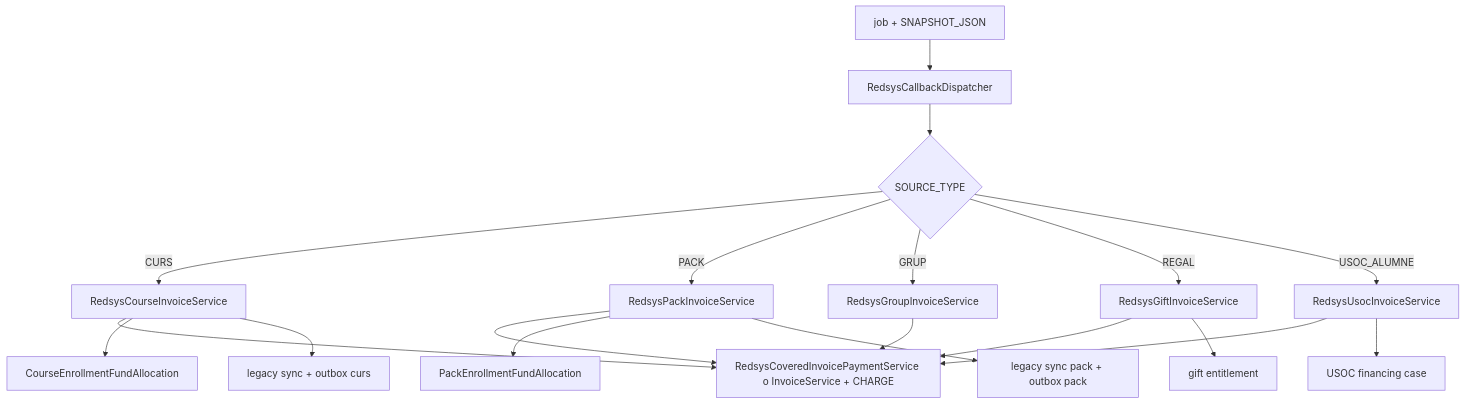
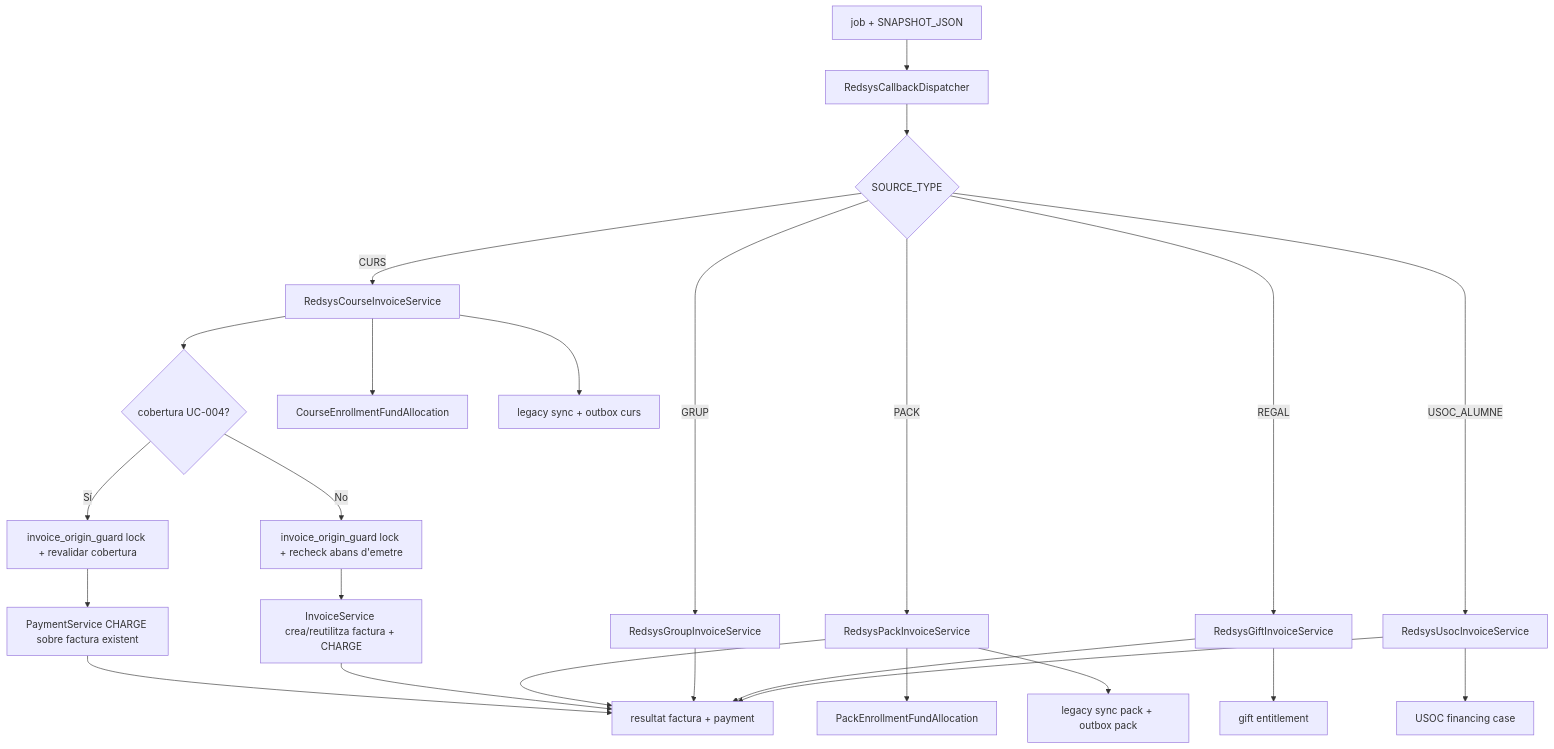
The seventh of 8 diagrams in documentacio/07-uml-integrat/uc-003-activitats-actual-final.md (orgmeriemprismacat-del/verifactu), drawn with Mermaid before and after one commit. The commit also changed other lines of this file, not shown here.

Commit message:
docs(UC-003): show covered-invoice mutex in final activities

````diff
--- a/documentacio/07-uml-integrat/uc-003-activitats-actual-final.md
+++ b/documentacio/07-uml-integrat/uc-003-activitats-actual-final.md
@@ -131,21 +131,27 @@
 ```mermaid
 flowchart TD
   A[job + SNAPSHOT_JSON] --> B[RedsysCallbackDispatcher]
   B --> C{SOURCE_TYPE}
   C -->|CURS| D[RedsysCourseInvoiceService]
   C -->|PACK| E[RedsysPackInvoiceService]
   C -->|GRUP| F[RedsysGroupInvoiceService]
   C -->|REGAL| G[RedsysGiftInvoiceService]
   C -->|USOC_ALUMNE| H[RedsysUsocInvoiceService]
-  D --> I[RedsysCoveredInvoicePaymentService o InvoiceService + CHARGE]
+  D --> P{cobertura UC-004?}
+  P -->|Sí| Q[invoice_origin_guard lock + revalidar cobertura]
+  Q --> R[PaymentService CHARGE sobre factura existent]
+  P -->|No| S[invoice_origin_guard lock + recheck abans d'emetre]
+  S --> T[InvoiceService crea/reutilitza factura + CHARGE]
+  R --> I[resultat factura + payment]
+  T --> I
   E --> I
   F --> I
   G --> I
   H --> I
   D --> J[CourseEnrollmentFundAllocation]
   E --> K[PackEnrollmentFundAllocation]
   D --> L[legacy sync + outbox curs]
   E --> M[legacy sync pack + outbox pack]
   G --> N[gift entitlement]
   H --> O[USOC financing case]
 ```
````
